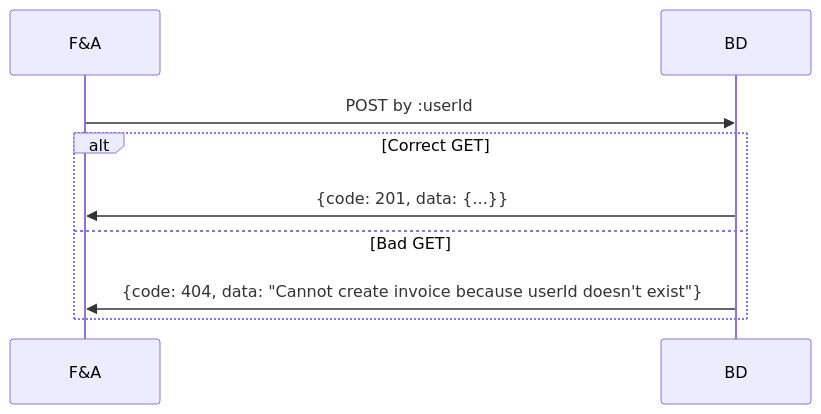
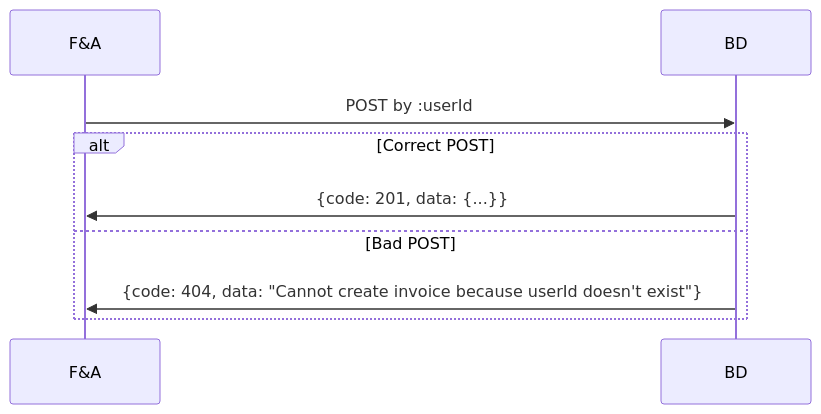
Before and after one commit to LaggerP/facturacion-documentation: the fourth of 9 diagrams in guiauso/backend-endpoints.md, drawn with Mermaid. The commit also changed other lines of this file, not shown here.

````diff
--- a/guiauso/backend-endpoints.md
+++ b/guiauso/backend-endpoints.md
@@ -95,9 +94,9 @@
 ```mermaid
 sequenceDiagram
     F&A->>BD: POST by :userId
-    alt Correct GET
+    alt Correct POST
         BD->>F&A: {code: 201, data: {...}}
-    else Bad GET
+    else Bad POST
          BD->>F&A: {code: 404, data: "Cannot create invoice because userId doesn't exist"}
     end
 ```
````
